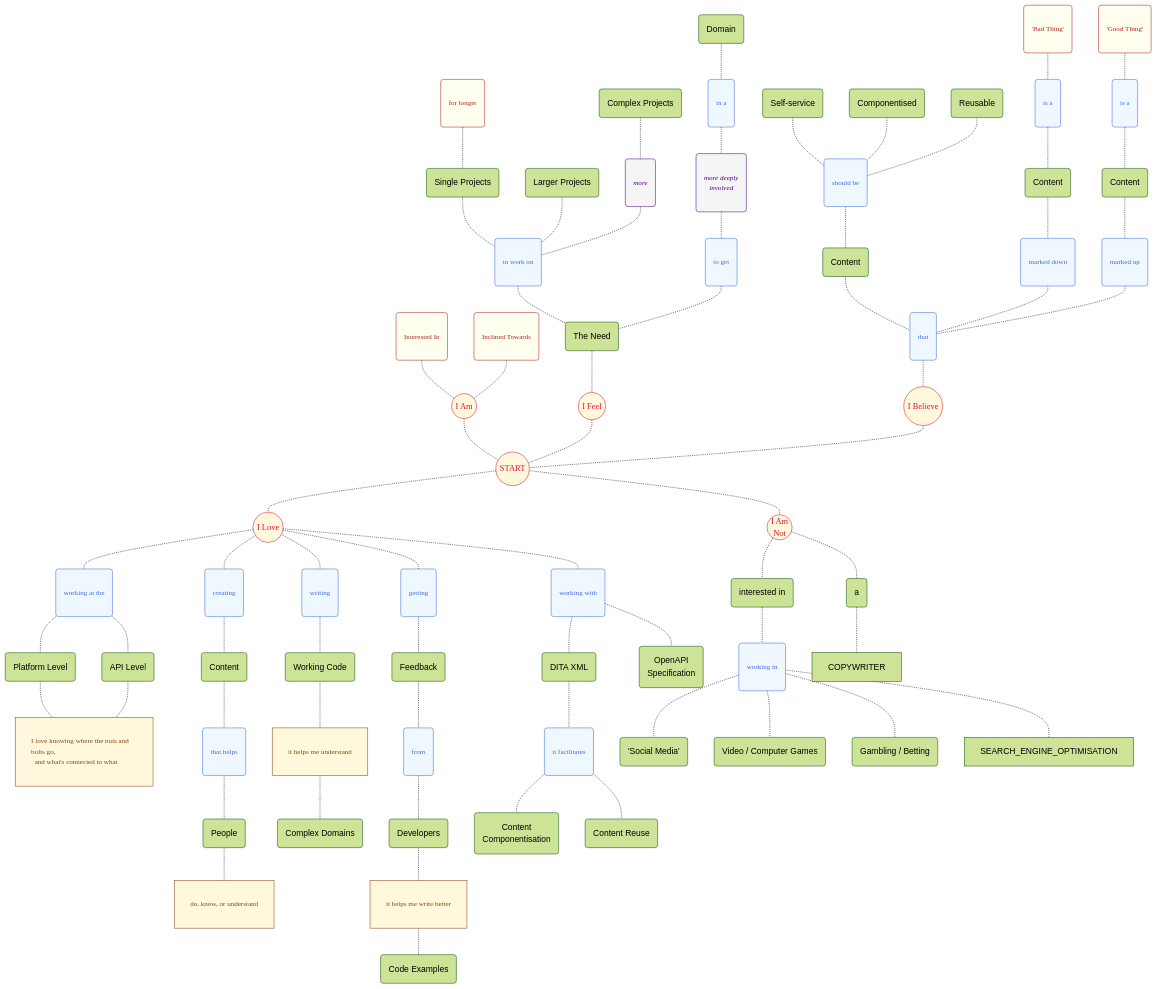
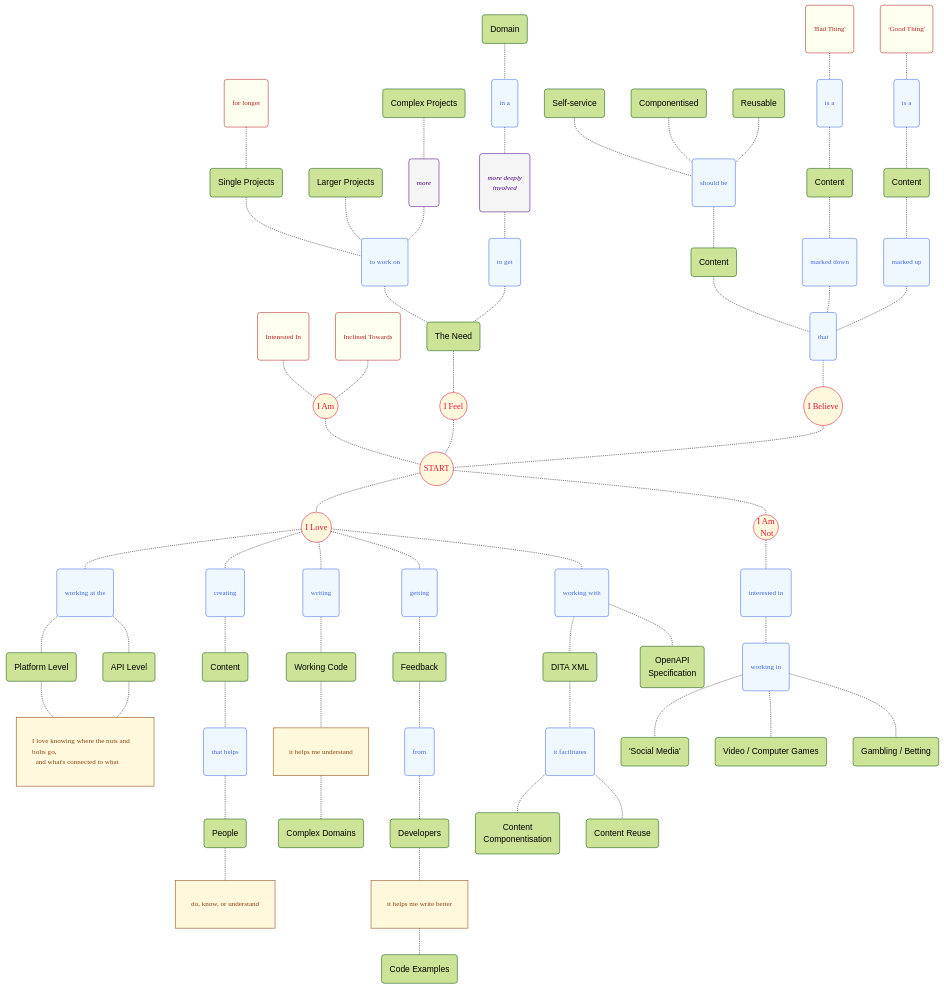
One commit to joe-dorward/samples changed the diagram in my_mindmap_02.md. Above: the diagram before and after it, drawn with Mermaid.

```diff
--- a/my_mindmap_02.md
+++ b/my_mindmap_02.md
@@ -163,27 +163,22 @@
 
 
   %%  ========== ========== ========== ========== ==========
-  IM_NOT(("I Am<br/>Not")):::Start
+  IM_NOT(("I Am<br/>&nbsp;Not")):::Start
 
-  A_1("a")
   INTERESTED_IN_2("interested in")
   WORKING_IN("working in")
 
-  class WORKING_IN Verb;
+  class INTERESTED_IN_2,WORKING_IN Verb;
 
   SOCIAL_MEDIA("'Social Media'")
   VIDEO_COMPUTER_GAMES("Video / Computer Games")
   GAMBLING_BETTING("Gambling / Betting")
 
-  IM_NOT-.-A_1-.-COPYWRITER
-
   IM_NOT-.-INTERESTED_IN_2-.-
   WORKING_IN-.-SOCIAL_MEDIA
   WORKING_IN-.-VIDEO_COMPUTER_GAMES
   WORKING_IN-.-GAMBLING_BETTING
-  WORKING_IN-.-SEARCH_ENGINE_OPTIMISATION
-  %%  ========== ========== ========== ========== ==========
-  %%I_AM(("I Am")):::Start
+
 
   %%  ========== ========== ========== ========== ==========
   START(("START")):::Start
```
